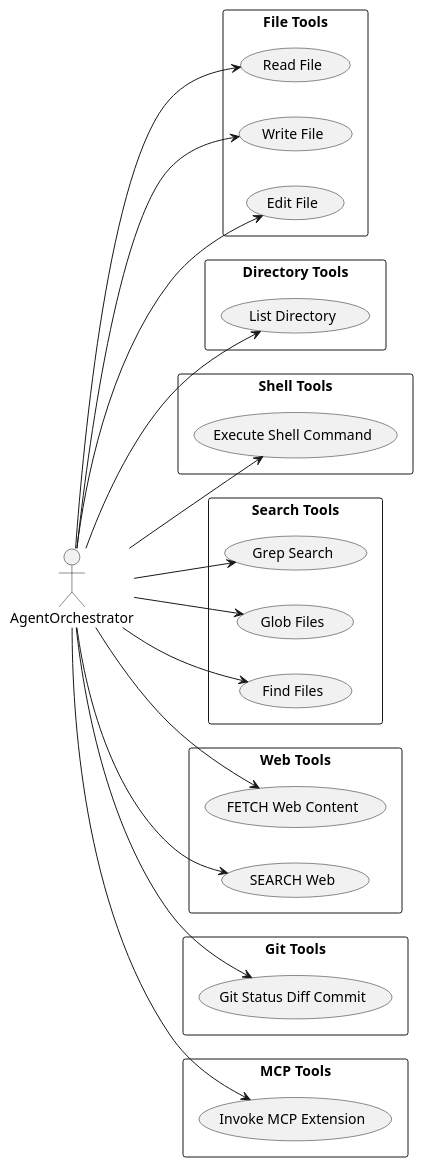
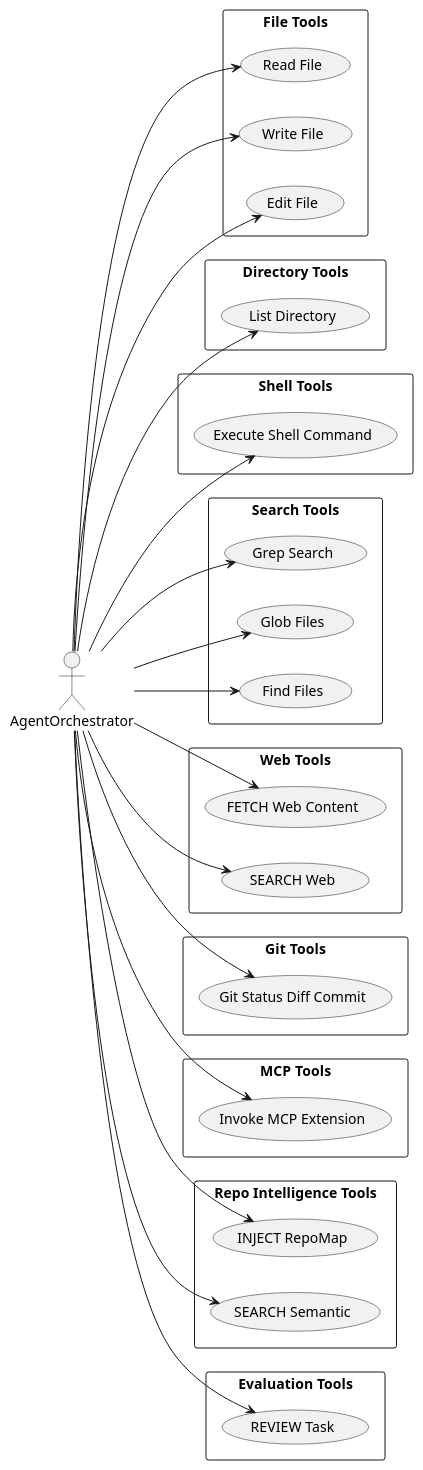
Before and after one commit to salimnamvar/nasim: the diagram in docs/UC/uc_tools.puml, drawn with PlantUML. The commit also changed 52 other files, not shown here.

First line of the commit message:
docs: Add new use cases and diagrams for evaluation, repo intelligence, and wire log management

```diff
--- a/docs/UC/uc_tools.puml
+++ b/docs/UC/uc_tools.puml
@@ -1,63 +1,75 @@
 @startuml uc_tools
 ' ============================================================
 ' Title:     nasim — UC: Tool Layer
 ' Boundary:  nasim code agent CLI
 ' Purpose:   All tool implementations (file, search, shell, web, git, MCP)
 ' Milestone: v1.0
 ' Version:   2.0.0
 ' Source:    docs/audit/audit_2026-06-20_capability-and-architecture.md
 ' Review:    —
 ' ============================================================
 
 left to right direction
 skinparam packageStyle rectangle
 
 actor "AgentOrchestrator" as agent
 
 rectangle "File Tools" {
     usecase "Read File" as UC_TL_01
     usecase "Write File" as UC_TL_02
     usecase "Edit File" as UC_TL_03
 }
 
 rectangle "Directory Tools" {
     usecase "List Directory" as UC_TL_04
 }
 
 rectangle "Shell Tools" {
     usecase "Execute Shell Command" as UC_TL_05
 }
 
 rectangle "Search Tools" {
     usecase "Grep Search" as UC_TL_06
     usecase "Glob Files" as UC_TL_07
     usecase "Find Files" as UC_TL_08
 }
 
 rectangle "Web Tools" {
     usecase "FETCH Web Content" as UC_TL_09
     usecase "SEARCH Web" as UC_TL_10
 }
 
 rectangle "Git Tools" {
     usecase "Git Status Diff Commit" as UC_TL_11
 }
 
 rectangle "MCP Tools" {
     usecase "Invoke MCP Extension" as UC_TL_12
 }
 
+rectangle "Repo Intelligence Tools" {
+    usecase "INJECT RepoMap" as UC_TL_13
+    usecase "SEARCH Semantic" as UC_TL_14
+}
+
+rectangle "Evaluation Tools" {
+    usecase "REVIEW Task" as UC_TL_15
+}
+
 agent --> UC_TL_01
 agent --> UC_TL_02
 agent --> UC_TL_03
 agent --> UC_TL_04
 agent --> UC_TL_05
 agent --> UC_TL_06
 agent --> UC_TL_07
 agent --> UC_TL_08
 agent --> UC_TL_09
 agent --> UC_TL_10
 agent --> UC_TL_11
 agent --> UC_TL_12
+agent --> UC_TL_13
+agent --> UC_TL_14
+agent --> UC_TL_15
 
 @enduml
```
